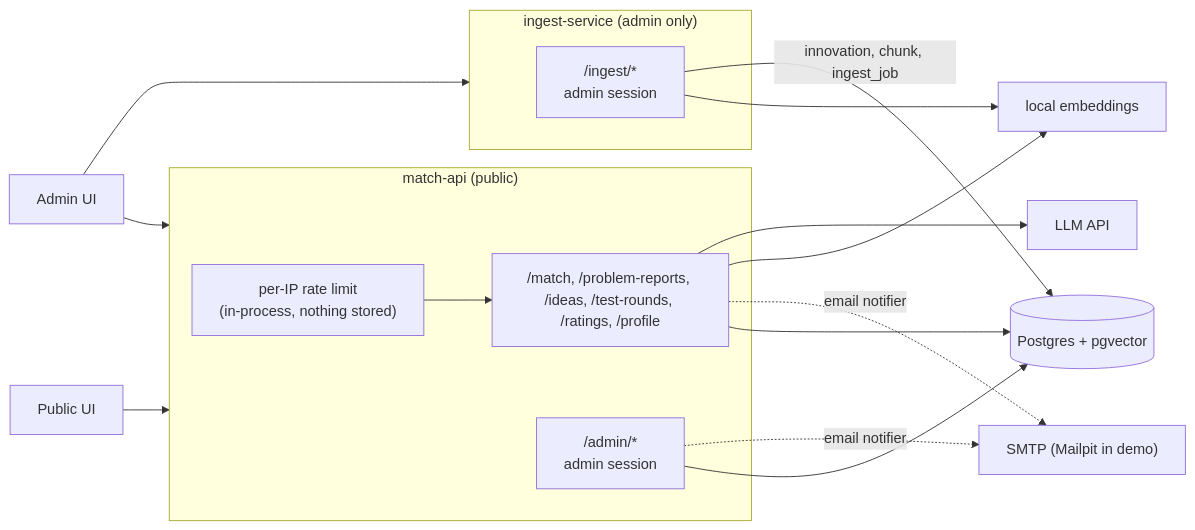
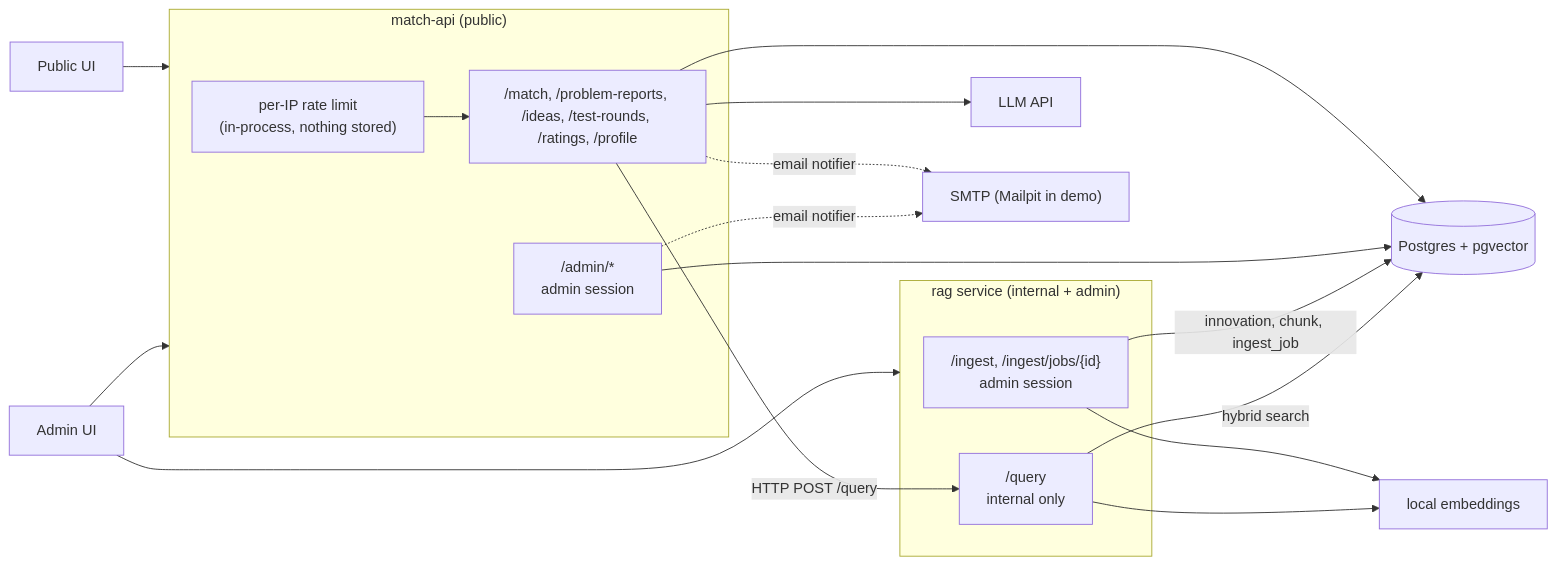
The first of 4 diagrams in documentation/backend/architecture.md (DziadBud/HackYeah2026), drawn with Mermaid before and after one commit. The commit also changed other lines of this file and 2 other files, not shown here.

First line of the commit message:
docs(backend): replace ingest-service with the rag service

````diff
--- a/documentation/backend/architecture.md
+++ b/documentation/backend/architecture.md
@@ -13,28 +13,31 @@
 ```mermaid
 flowchart LR
     PUI[Public UI] --> API
     AUI[Admin UI] --> API
-    AUI --> ING
+    AUI --> RAG
 
     subgraph API["match-api (public)"]
         RL["per-IP rate limit<br/>(in-process, nothing stored)"]
         PUB["/match, /problem-reports, /ideas, /test-rounds, /ratings, /profile"]
         ADM["/admin/*<br/>admin session"]
     end
 
-    subgraph ING["ingest-service (admin only)"]
-        IMP["/ingest/*<br/>admin session"]
+    subgraph RAG["rag service (internal + admin)"]
+        IMP["/ingest, /ingest/jobs/{id}<br/>admin session"]
+        QRY["/query<br/>internal only"]
     end
 
     DB[("Postgres + pgvector")]
     LLM[LLM API]
     EMB[local embeddings]
     SMTP["SMTP (Mailpit in demo)"]
 
     RL --> PUB
     PUB & ADM --> DB
     PUB & ADM -. "email notifier" .-> SMTP
-    PUB --> EMB & LLM
-    IMP --> EMB
+    PUB -- "HTTP POST /query" --> QRY
+    PUB --> LLM
+    IMP & QRY --> EMB
     IMP -- "innovation, chunk, ingest_job" --> DB
+    QRY -- "hybrid search" --> DB
 ```
````
